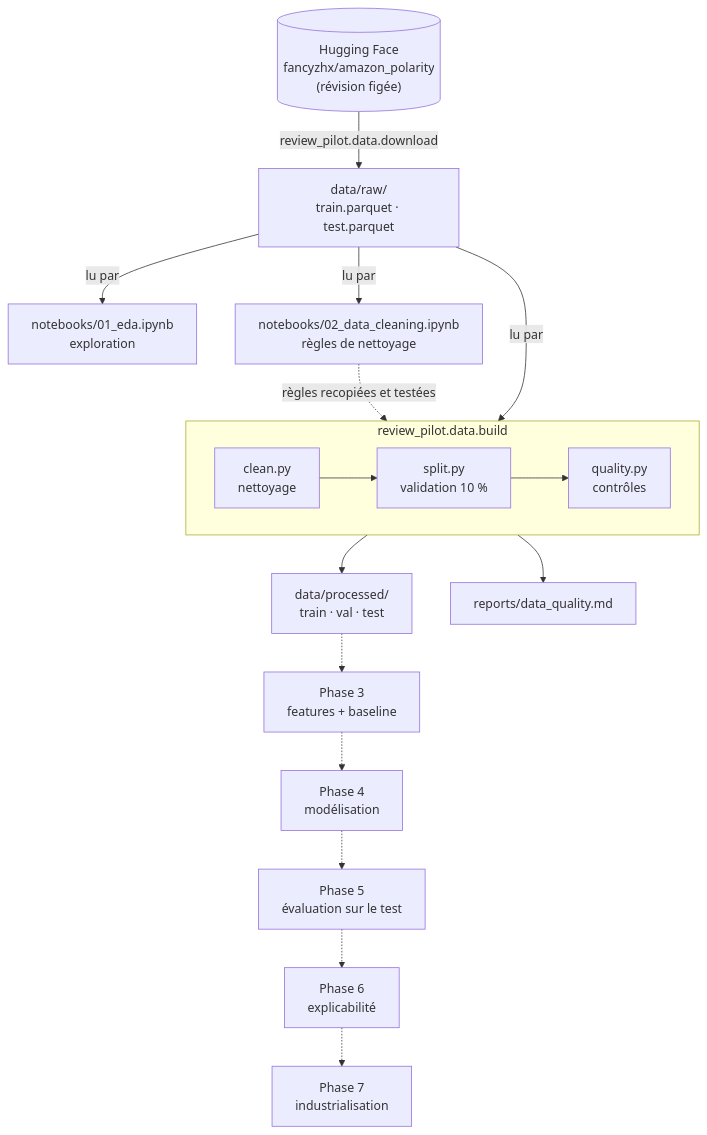
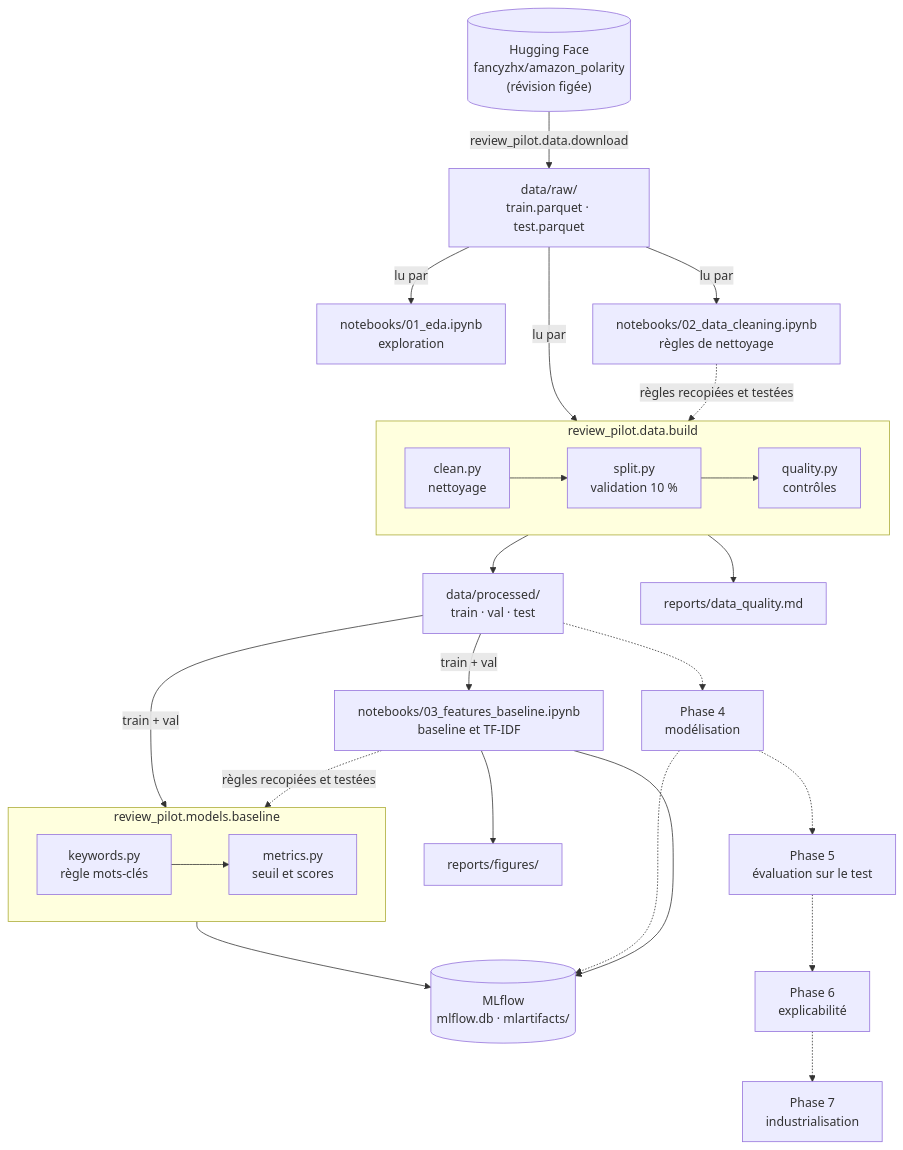
Before and after one commit to clementRbl/review-pilot: the first of 2 diagrams in docs/architecture.md, drawn with Mermaid. The commit also changed other lines of this file and 3 other files, not shown here.

Commit message:
docs: update architecture, code guide, start guide and phase 3 tracking

````diff
--- a/docs/architecture.md
+++ b/docs/architecture.md
@@ -12,27 +12,40 @@
 ```mermaid
 flowchart TD
     HF[("Hugging Face<br/>fancyzhx/amazon_polarity<br/>(révision figée)")]
     RAW["data/raw/<br/>train.parquet · test.parquet"]
     EDA["notebooks/01_eda.ipynb<br/>exploration"]
     NB02["notebooks/02_data_cleaning.ipynb<br/>règles de nettoyage"]
     PROC["data/processed/<br/>train · val · test"]
     REPORT["reports/data_quality.md"]
-    P3["Phase 3<br/>features + baseline"]
+    NB03["notebooks/03_features_baseline.ipynb<br/>baseline et TF-IDF"]
+    FIG["reports/figures/"]
+    MLF[("MLflow<br/>mlflow.db · mlartifacts/")]
     P4["Phase 4<br/>modélisation"]
     P5["Phase 5<br/>évaluation sur le test"]
     P6["Phase 6<br/>explicabilité"]
     P7["Phase 7<br/>industrialisation"]
 
     subgraph BUILD ["review_pilot.data.build"]
         CLEAN["clean.py<br/>nettoyage"] --> SPLIT["split.py<br/>validation 10 %"] --> QUALITY["quality.py<br/>contrôles"]
     end
 
+    subgraph BASELINE ["review_pilot.models.baseline"]
+        KEYWORDS["keywords.py<br/>règle mots-clés"] --> METRICS["metrics.py<br/>seuil et scores"]
+    end
+
     HF -->|"review_pilot.data.download"| RAW
     RAW -->|lu par| EDA
     RAW -->|lu par| NB02
     NB02 -.->|"règles recopiées et testées"| BUILD
     RAW -->|lu par| BUILD
     BUILD --> PROC
     BUILD --> REPORT
-    PROC -.-> P3 -.-> P4 -.-> P5 -.-> P6 -.-> P7
+    PROC -->|"train + val"| NB03
+    NB03 --> FIG
+    NB03 --> MLF
+    NB03 -.->|"règles recopiées et testées"| BASELINE
+    PROC -->|"train + val"| BASELINE
+    BASELINE --> MLF
+    PROC -.-> P4 -.-> P5 -.-> P6 -.-> P7
+    P4 -.-> MLF
 ```
````
